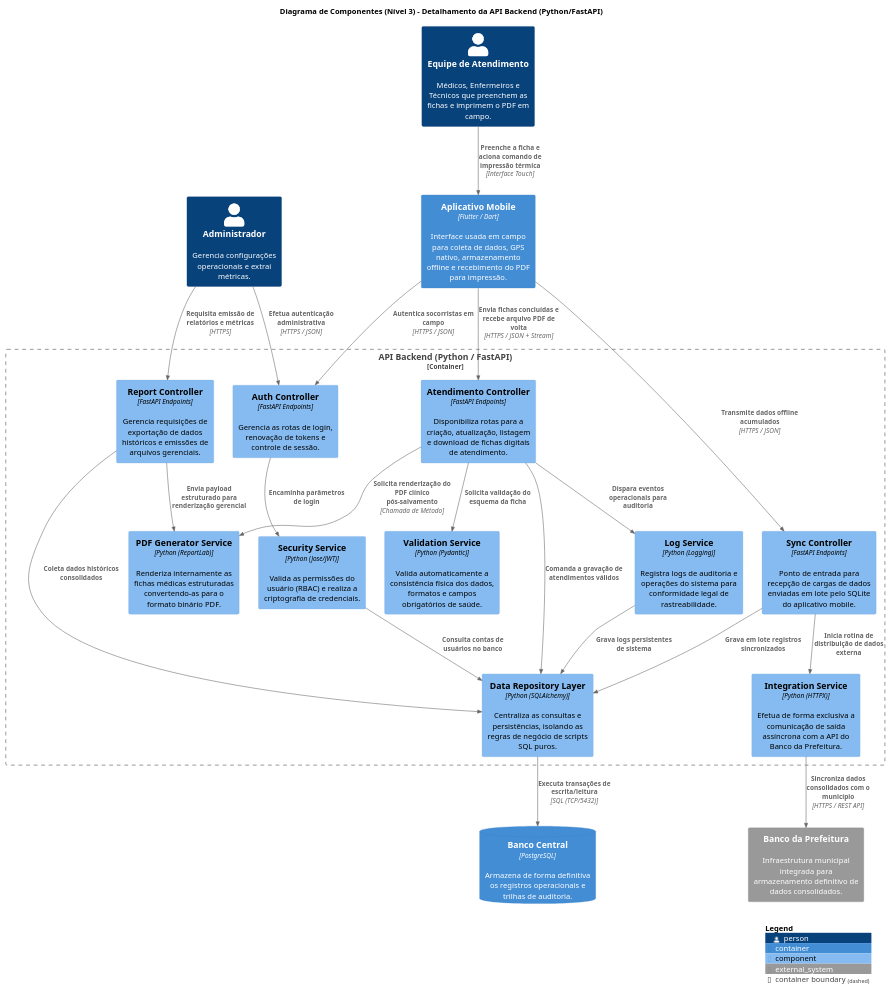
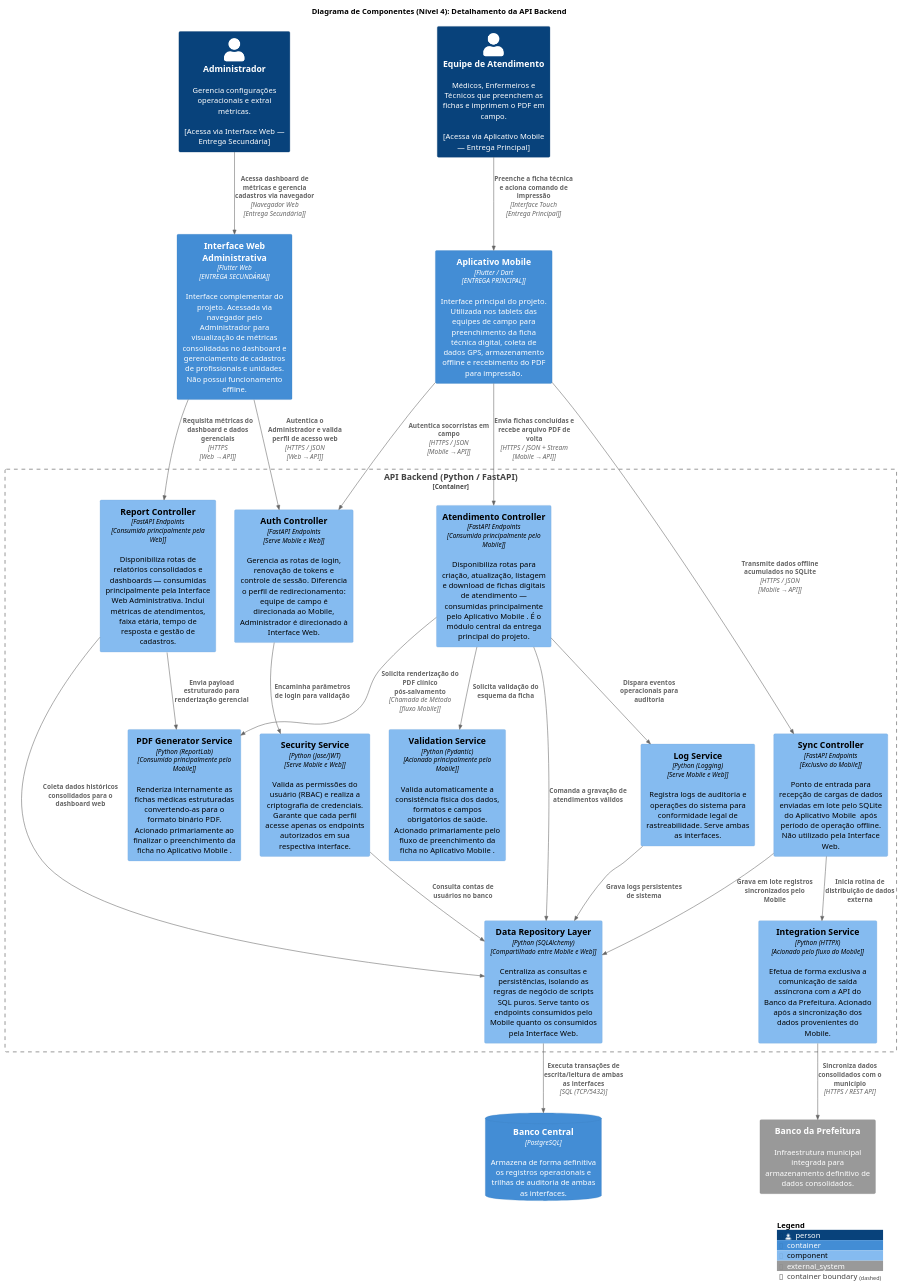
The diagram in ModeloC4/nivel4.puml (Madu3304/Software_brava), drawn with PlantUML before and after one commit. The commit also changed 4 other files, not shown here.

```diff
--- a/ModeloC4/nivel4.puml
+++ b/ModeloC4/nivel4.puml
@@ -1,81 +1,119 @@
 @startuml c4Nivel4
 
 !include https://raw.githubusercontent.com/RicardoNiepel/C4-PlantUML/master/C4_Component.puml
 
-title Diagrama de Componentes (Nível 3) - Detalhamento da API Backend (Python/FastAPI)
+
+title Diagrama de Componentes (Nível 4): Detalhamento da API Backend
 
 ' ========================================================
 ' Elementos Externos ao Container (Atores e Outros Containers)
 ' ========================================================
-Person(admin, "Administrador", "Gerencia configurações operacionais e extrai métricas.")
-Person(equipe_samu, "Equipe de Atendimento", "Médicos, Enfermeiros e Técnicos que preenchem as fichas e imprimem o PDF em campo.")
-Container(app_mobile, "Aplicativo Mobile", "Flutter / Dart", "Interface usada em campo para coleta de dados, GPS nativo, armazenamento offline e recebimento do PDF para impressão.")
+Person(admin, "Administrador", "Gerencia configurações operacionais e extrai métricas.\n\n[Acessa via Interface Web — Entrega Secundária]")
 
-' Containers e Sistemas definidos nos Níveis 1 e 2
-ContainerDb(postgres, "Banco Central", "PostgreSQL", "Armazena de forma definitiva os registros operacionais e trilhas de auditoria.")
+Person(equipe_samu, "Equipe de Atendimento", "Médicos, Enfermeiros e Técnicos que preenchem as fichas e imprimem o PDF em campo.\n\n[Acessa via Aplicativo Mobile  — Entrega Principal]")
+
+' --------------------------------------------------------
+' ENTREGA PRINCIPAL — Aplicativo Mobile 
+' --------------------------------------------------------
+Container(app_mobile, "Aplicativo Mobile ", "Flutter / Dart\n[ENTREGA PRINCIPAL]", "Interface principal do projeto. Utilizada nos tablets das equipes de campo para preenchimento da ficha técnica digital, coleta de dados GPS, armazenamento offline e recebimento do PDF para impressão.")
+
+' --------------------------------------------------------
+' ENTREGA SECUNDÁRIA — Interface Web Administrativa
+' --------------------------------------------------------
+Container(app_web, "Interface Web Administrativa", "Flutter Web\n[ENTREGA SECUNDÁRIA]", "Interface complementar do projeto. Acessada via navegador pelo Administrador para visualização de métricas consolidadas no dashboard e gerenciamento de cadastros de profissionais e unidades. Não possui funcionamento offline.")
+
+' Containers e Sistemas definidos nos Níveis anteriores
+ContainerDb(postgres, "Banco Central", "PostgreSQL", "Armazena de forma definitiva os registros operacionais e trilhas de auditoria de ambas as interfaces.")
+
 System_Ext(prefeitura, "Banco da Prefeitura", "Infraestrutura municipal integrada para armazenamento definitivo de dados consolidados.")
 
 ' ========================================================
 ' Fronteira do Container em Destaque: API Backend
 ' ========================================================
 Container_Boundary(api, "API Backend (Python / FastAPI)") {
 
+    ' --------------------------------------------------------
     ' Sub-módulo: Autenticação e Segurança
-    Component(auth_controller, "Auth Controller", "FastAPI Endpoints", "Gerencia as rotas de login, renovação de tokens e controle de sessão.")
-    Component(security_service, "Security Service", "Python (Jose/JWT)", "Valida as permissões do usuário (RBAC) e realiza a criptografia de credenciais.")
+    ' Serve tanto o Mobile quanto a Web
+    ' --------------------------------------------------------
+    Component(auth_controller, "Auth Controller", "FastAPI Endpoints\n[Serve Mobile e Web]", "Gerencia as rotas de login, renovação de tokens e controle de sessão. Diferencia o perfil de redirecionamento: equipe de campo é direcionada ao Mobile, Administrador é direcionado à Interface Web.")
 
+    Component(security_service, "Security Service", "Python (Jose/JWT)\n[Serve Mobile e Web]", "Valida as permissões do usuário (RBAC) e realiza a criptografia de credenciais. Garante que cada perfil acesse apenas os endpoints autorizados em sua respectiva interface.")
+
+    ' --------------------------------------------------------
     ' Sub-módulo: Processamento de Atendimentos
-    Component(atendimento_controller, "Atendimento Controller", "FastAPI Endpoints", "Disponibiliza rotas para a criação, atualização, listagem e download de fichas digitais de atendimento.")
-    Component(validation_service, "Validation Service", "Python (Pydantic)", "Valida automaticamente a consistência física dos dados, formatos e campos obrigatórios de saúde.")
+    ' Consumido primariamente pelo Aplicativo Mobile 
+    ' --------------------------------------------------------
+    Component(atendimento_controller, "Atendimento Controller", "FastAPI Endpoints\n[Consumido principalmente pelo Mobile]", "Disponibiliza rotas para criação, atualização, listagem e download de fichas digitais de atendimento — consumidas principalmente pelo Aplicativo Mobile . É o módulo central da entrega principal do projeto.")
 
+    Component(validation_service, "Validation Service", "Python (Pydantic)\n[Acionado principalmente pelo Mobile]", "Valida automaticamente a consistência física dos dados, formatos e campos obrigatórios de saúde. Acionado primariamente pelo fluxo de preenchimento da ficha no Aplicativo Mobile .")
+
+    ' --------------------------------------------------------
     ' Sub-módulo: Sincronização e Integrações Externas
-    Component(sync_controller, "Sync Controller", "FastAPI Endpoints", "Ponto de entrada para recepção de cargas de dados enviadas em lote pelo SQLite do aplicativo mobile.")
-    Component(integration_service, "Integration Service", "Python (HTTPX)", "Efetua de forma exclusiva a comunicação de saída assíncrona com a API do Banco da Prefeitura.")
+    ' Exclusivo do Aplicativo Mobile 
+    ' --------------------------------------------------------
+    Component(sync_controller, "Sync Controller", "FastAPI Endpoints\n[Exclusivo do Mobile]", "Ponto de entrada para recepção de cargas de dados enviadas em lote pelo SQLite do Aplicativo Mobile  após período de operação offline. Não utilizado pela Interface Web.")
 
+    Component(integration_service, "Integration Service", "Python (HTTPX)\n[Acionado pelo fluxo do Mobile]", "Efetua de forma exclusiva a comunicação de saída assíncrona com a API do Banco da Prefeitura. Acionado após a sincronização dos dados provenientes do Mobile.")
+
+    ' --------------------------------------------------------
     ' Sub-módulo: Relatórios, PDF e Auditoria
-    Component(relatorio_controller, "Report Controller", "FastAPI Endpoints", "Gerencia requisições de exportação de dados históricos e emissões de arquivos gerenciais.")
-    Component(pdf_generator, "PDF Generator Service", "Python (ReportLab)", "Renderiza internamente as fichas médicas estruturadas convertendo-as para o formato binário PDF.")
-    Component(log_service, "Log Service", "Python (Logging)", "Registra logs de auditoria e operações do sistema para conformidade legal de rastreabilidade.")
+    ' Report Controller consumido primariamente pela Interface Web
+    ' PDF Generator consumido primariamente pelo Mobile
+    ' --------------------------------------------------------
+    Component(relatorio_controller, "Report Controller", "FastAPI Endpoints\n[Consumido principalmente pela Web]", "Disponibiliza rotas de relatórios consolidados e dashboards — consumidas principalmente pela Interface Web Administrativa. Inclui métricas de atendimentos, faixa etária, tempo de resposta e gestão de cadastros.")
 
+    Component(pdf_generator, "PDF Generator Service", "Python (ReportLab)\n[Consumido principalmente pelo Mobile]", "Renderiza internamente as fichas médicas estruturadas convertendo-as para o formato binário PDF. Acionado primariamente ao finalizar o preenchimento da ficha no Aplicativo Mobile .")
+
+    Component(log_service, "Log Service", "Python (Logging)\n[Serve Mobile e Web]", "Registra logs de auditoria e operações do sistema para conformidade legal de rastreabilidade. Serve ambas as interfaces.")
+
+    ' --------------------------------------------------------
     ' Camada Compartilhada de Dados
-    Component(repository, "Data Repository Layer", "Python (SQLAlchemy)", "Centraliza as consultas e persistências, isolando as regras de negócio de scripts SQL puros.")
+    ' Serve tanto o Mobile quanto a Web
+    ' --------------------------------------------------------
+    Component(repository, "Data Repository Layer", "Python (SQLAlchemy)\n[Compartilhado entre Mobile e Web]", "Centraliza as consultas e persistências, isolando as regras de negócio de scripts SQL puros. Serve tanto os endpoints consumidos pelo Mobile quanto os consumidos pela Interface Web.")
 }
 
 ' ========================================================
 ' Relacionamentos / Fluxos de Informação
 ' ========================================================
 
-' Interações das Portas de Entrada (Atores e App Mobile)
-Rel(admin, auth_controller, "Efetua autenticação administrativa", "HTTPS / JSON")
-Rel(admin, relatorio_controller, "Requisita emissão de relatórios e métricas", "HTTPS")
+' Interações do Aplicativo Mobile  (Entrega Principal)
+Rel(equipe_samu, app_mobile, "Preenche a ficha técnica e aciona comando de impressão", "Interface Touch\n[Entrega Principal]")
+Rel(app_mobile, auth_controller, "Autentica socorristas em campo", "HTTPS / JSON\n[Mobile → API]")
+Rel(app_mobile, atendimento_controller, "Envia fichas concluídas e recebe arquivo PDF de volta", "HTTPS / JSON + Stream\n[Mobile → API]")
+Rel(app_mobile, sync_controller, "Transmite dados offline acumulados no SQLite", "HTTPS / JSON\n[Mobile → API]")
 
-Rel(equipe_samu, app_mobile, "Preenche a ficha e aciona comando de impressão térmica", "Interface Touch")
-Rel(app_mobile, auth_controller, "Autentica socorristas em campo", "HTTPS / JSON")
-Rel(app_mobile, atendimento_controller, "Envia fichas concluídas e recebe arquivo PDF de volta", "HTTPS / JSON + Stream")
-Rel(app_mobile, sync_controller, "Transmite dados offline acumulados", "HTTPS / JSON")
+' Interações da Interface Web Administrativa (Entrega Secundária)
+Rel(admin, app_web, "Acessa dashboard de métricas e gerencia cadastros via navegador", "Navegador Web\n[Entrega Secundária]")
+Rel(app_web, auth_controller, "Autentica o Administrador e valida perfil de acesso web", "HTTPS / JSON\n[Web → API]")
+Rel(app_web, relatorio_controller, "Requisita métricas do dashboard e dados gerenciais", "HTTPS\n[Web → API]")
 
 ' Comunicação Interna de Negócio e Segurança
-Rel(auth_controller, security_service, "Encaminha parâmetros de login")
+Rel(auth_controller, security_service, "Encaminha parâmetros de login para validação")
 Rel(security_service, repository, "Consulta contas de usuários no banco")
 
+' Fluxos Internos do Módulo de Fichas (fluxo principal — Mobile)
 Rel(atendimento_controller, validation_service, "Solicita validação do esquema da ficha")
 Rel(atendimento_controller, repository, "Comanda a gravação de atendimentos válidos")
 Rel(atendimento_controller, log_service, "Dispara eventos operacionais para auditoria")
-Rel(atendimento_controller, pdf_generator, "Solicita renderização do PDF clínico pós-salvamento", "Chamada de Método")
+Rel(atendimento_controller, pdf_generator, "Solicita renderização do PDF clínico pós-salvamento", "Chamada de Método\n[fluxo Mobile]")
 
-' Fluxos Internos de Sincronização e Disparo para Sistemas Externos (Hospital removido completamente)
-Rel(sync_controller, repository, "Grava em lote registros sincronizados")
+' Fluxos Internos de Sincronização (exclusivo Mobile)
+Rel(sync_controller, repository, "Grava em lote registros sincronizados pelo Mobile")
 Rel(sync_controller, integration_service, "Inicia rotina de distribuição de dados externa")
 Rel(integration_service, prefeitura, "Sincroniza dados consolidados com o município", "HTTPS / REST API")
 
-' Fluxos Internos de Relatórios
-Rel(relatorio_controller, repository, "Coleta dados históricos consolidados")
+' Fluxos Internos de Relatórios (fluxo secundário — Web)
+Rel(relatorio_controller, repository, "Coleta dados históricos consolidados para o dashboard web")
 Rel(relatorio_controller, pdf_generator, "Envia payload estruturado para renderização gerencial")
 
-' Saída Unificada para o Container de Persistência (PostgreSQL)
-Rel(repository, postgres, "Executa transações de escrita/leitura", "SQL (TCP/5432)")
+' Saída Unificada para o Container de Persistência
+Rel(repository, postgres, "Executa transações de escrita/leitura de ambas as interfaces", "SQL (TCP/5432)")
 Rel(log_service, repository, "Grava logs persistentes de sistema")
 
-' Configuração de Legenda Obrigatória do C4
+' ========================================================
+' Configuração de Legenda
+' ========================================================
 SHOW_LEGEND()
 @enduml
```
